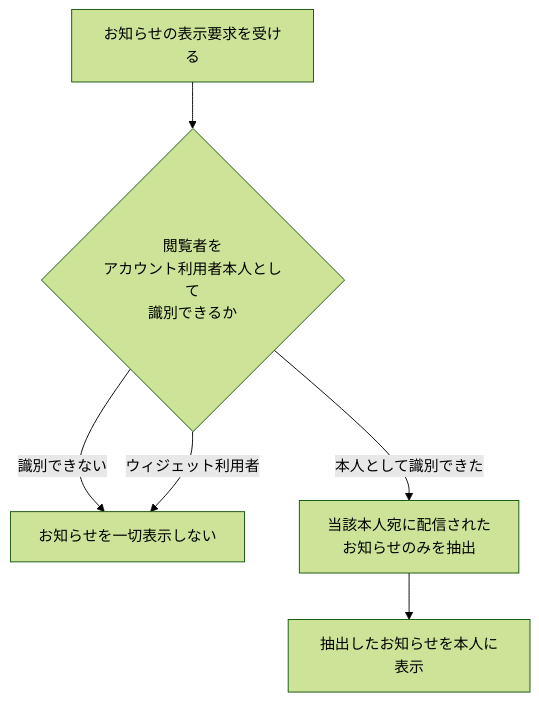
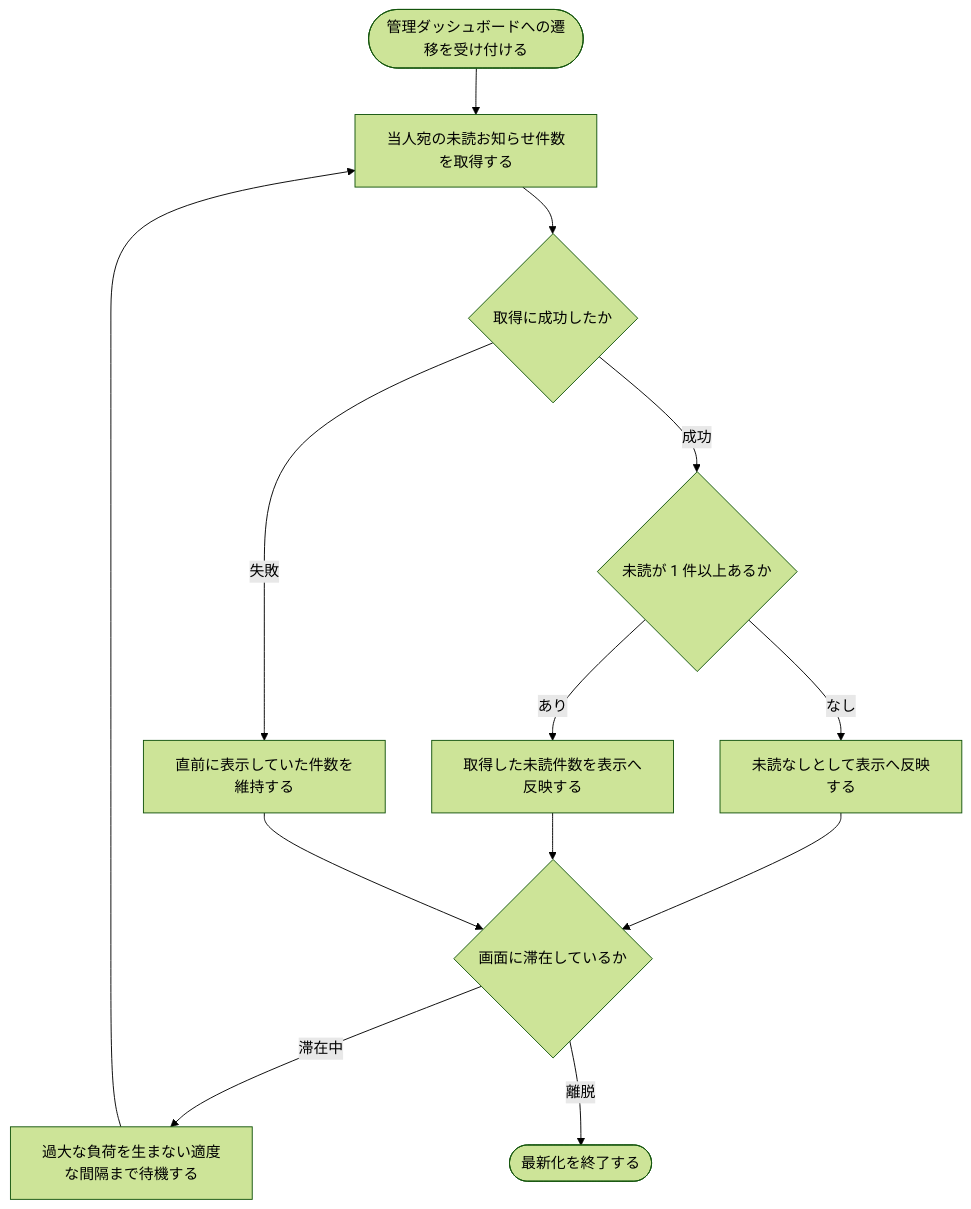
The diagram in 02_basic_design/02_backend/01_system/SYS-013.md (sikakou54/open-faq), drawn with Mermaid (forest theme) before and after one commit. The commit also changed other lines of this file and 395 other files, not shown here.

````diff
--- a/02_basic_design/02_backend/01_system/SYS-013.md
+++ b/02_basic_design/02_backend/01_system/SYS-013.md
@@ -26,8 +28,15 @@
 ```mermaid
 flowchart TB
-  A[お知らせの表示要求を受ける] --> B{閲覧者を<br/>アカウント利用者本人として<br/>識別できるか}
-  B -- 識別できない --> C[お知らせを一切表示しない]
-  B -- ウィジェット利用者 --> C
-  B -- 本人として識別できた --> D[当該本人宛に配信された<br/>お知らせのみを抽出]
-  D --> E[抽出したお知らせを本人に表示]
+  A([管理ダッシュボードへの遷移を受け付ける]) --> B[当人宛の未読お知らせ件数を取得する]
+  B --> C{取得に成功したか}
+  C -->|失敗| F[直前に表示していた件数を維持する]
+  C -->|成功| D{未読が 1 件以上あるか}
+  D -->|なし| E[未読なしとして表示へ反映する]
+  D -->|あり| G[取得した未読件数を表示へ反映する]
+  E --> H{画面に滞在しているか}
+  G --> H
+  F --> H
+  H -->|滞在中| I[過大な負荷を生まない適度な間隔まで待機する]
+  I --> B
+  H -->|離脱| Z([最新化を終了する])
 ```
````
